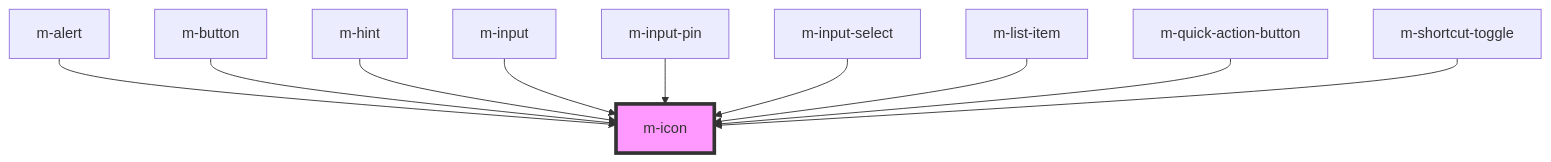
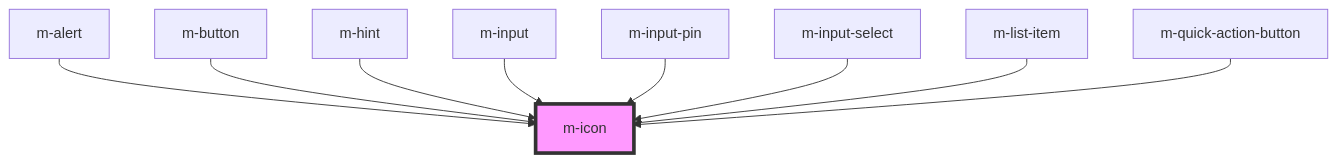
Before and after one commit to dynamic-framework/dynamic-ui: the diagram in libraries/modyo-design-system/src/components/m-icon/readme.md, drawn with Mermaid. The commit also changed other lines of this file and 23 other files, not shown here.

````diff
--- a/libraries/modyo-design-system/src/components/m-icon/readme.md
+++ b/libraries/modyo-design-system/src/components/m-icon/readme.md
@@ -40,13 +39,12 @@
 ```mermaid
 graph TD;
   m-alert --> m-icon
   m-button --> m-icon
   m-hint --> m-icon
   m-input --> m-icon
   m-input-pin --> m-icon
   m-input-select --> m-icon
   m-list-item --> m-icon
   m-quick-action-button --> m-icon
-  m-shortcut-toggle --> m-icon
   style m-icon fill:#f9f,stroke:#333,stroke-width:4px
 ```
````
